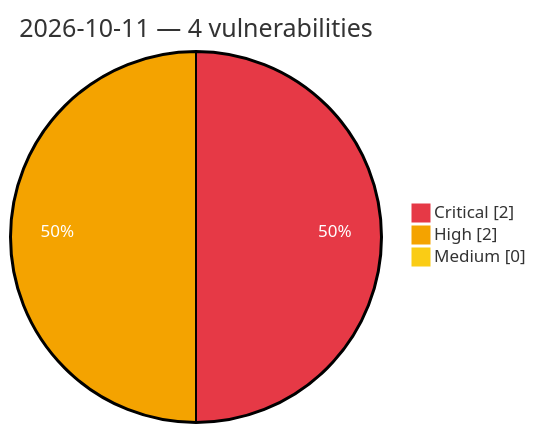
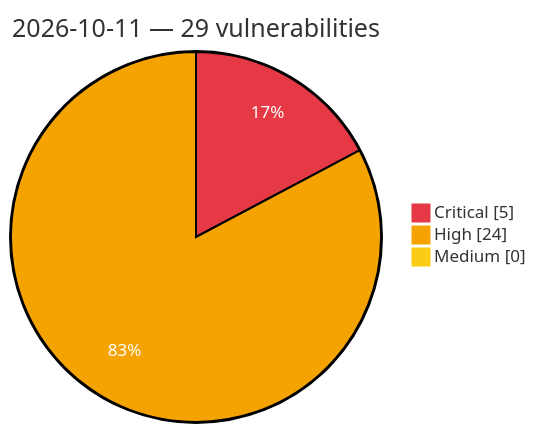
The diagram in vulnerabilities/2026/October/2026-10-11.md (GhostX0X/vuln-tracker), drawn with Mermaid before and after one commit. The commit also changed other lines of this file and 5 other files, not shown here.

Commit message:
Auto update: critical/high vulns (2026-10-11 14:37 UTC)

````diff
--- a/vulnerabilities/2026/October/2026-10-11.md
+++ b/vulnerabilities/2026/October/2026-10-11.md
@@ -3,8 +3,8 @@
 ```mermaid
 %%{init: {'theme':'base', 'themeVariables': {'pie1':'#e63946', 'pie2':'#f4a300', 'pie3':'#facc15', 'pieOpacity':'1', 'pieOuterStrokeWidth':'2px', 'pieSectionTextColor':'#ffffff'}}}%%
 pie showData
-    title 2026-10-11 — 4 vulnerabilities
-    "Critical" : 2
-    "High" : 2
+    title 2026-10-11 — 29 vulnerabilities
+    "Critical" : 5
+    "High" : 24
     "Medium" : 0
 ```
````
